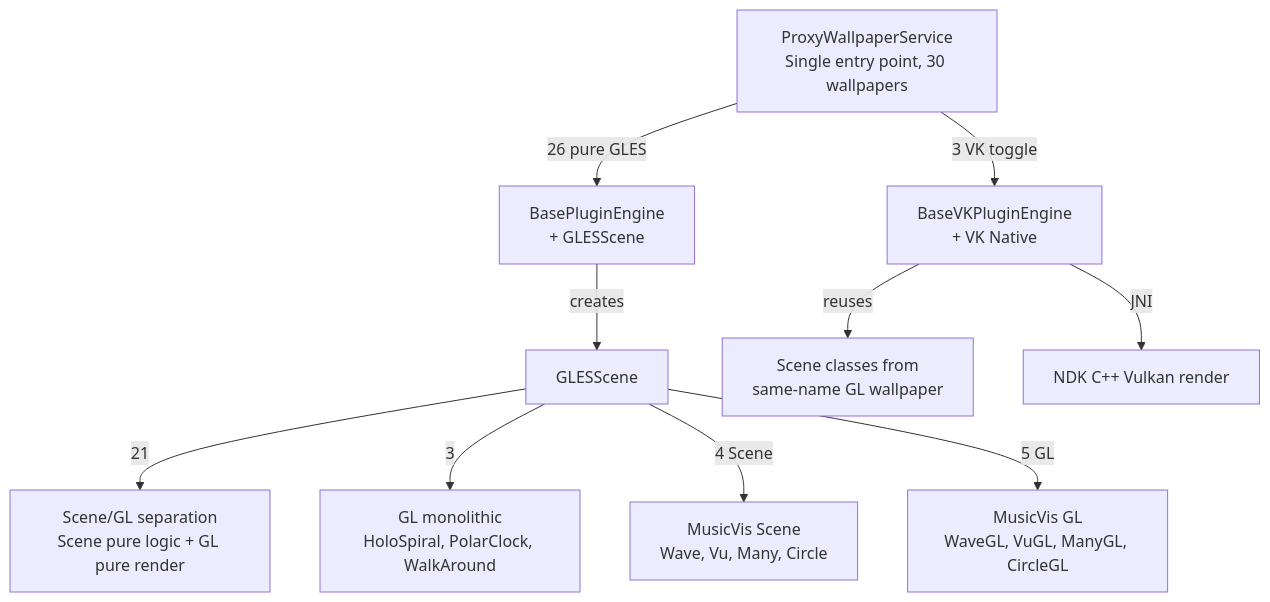
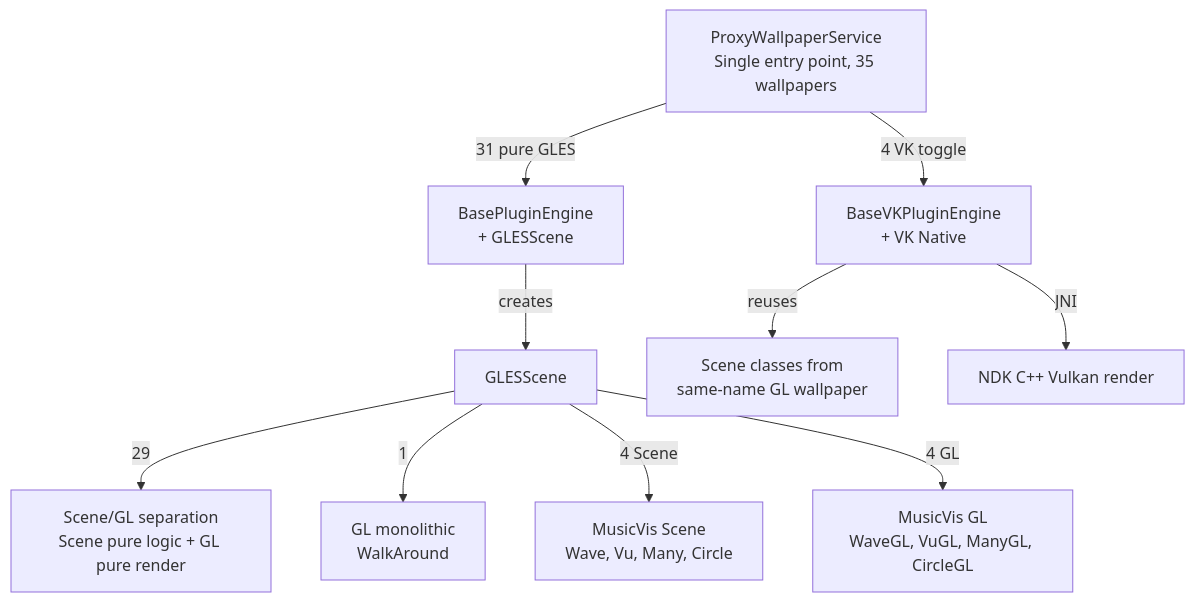
One commit to dynnbw/RE-Android-Live-Wallpapers changed the first of 3 diagrams in README-en.md. Above: the diagram before and after it, drawn with Mermaid. The commit also changed other lines of this file and 1 other file, not shown here.

````diff
--- a/README-en.md
+++ b/README-en.md
@@ -308,16 +310,16 @@
 ```mermaid
 graph TD
-    WS[ProxyWallpaperService<br/>Single entry point, 30 wallpapers]
+    WS[ProxyWallpaperService<br/>Single entry point, 35 wallpapers]
 
-    WS -->|26 pure GLES| GLW[BasePluginEngine<br/>+ GLESScene]
-    WS -->|3 VK toggle| VKW[BaseVKPluginEngine<br/>+ VK Native]
+    WS -->|31 pure GLES| GLW[BasePluginEngine<br/>+ GLESScene]
+    WS -->|4 VK toggle| VKW[BaseVKPluginEngine<br/>+ VK Native]
 
     GLW -->|creates| GLS[GLESScene]
-    GLS -->|21| SPLIT[Scene/GL separation<br/>Scene pure logic + GL pure render]
-    GLS -->|3| MONO[GL monolithic<br/>HoloSpiral, PolarClock, WalkAround]
+    GLS -->|29| SPLIT[Scene/GL separation<br/>Scene pure logic + GL pure render]
+    GLS -->|1| MONO[GL monolithic<br/>WalkAround]
     GLS -->|4 Scene| MV[MusicVis Scene<br/>Wave, Vu, Many, Circle]
-    GLS -->|5 GL| MVGL[MusicVis GL<br/>WaveGL, VuGL, ManyGL, CircleGL]
+    GLS -->|4 GL| MVGL[MusicVis GL<br/>WaveGL, VuGL, ManyGL, CircleGL]
 
     VKW -->|reuses| REUSE[Scene classes from<br/>same-name GL wallpaper]
     VKW -->|JNI| NATIVE[NDK C++ Vulkan render]
 ```
````
